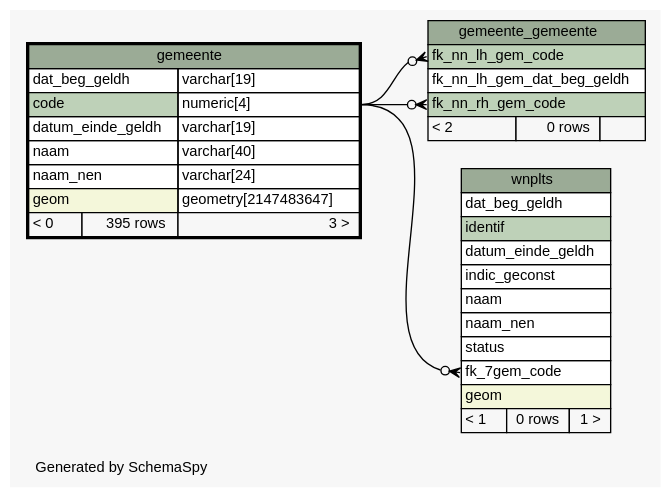
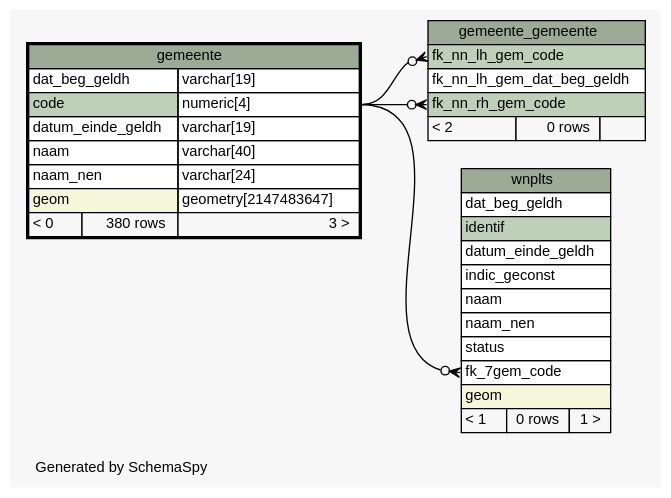
The diagram in datamodel/schemaspy/diagrams/gemeente.1degree.dot (B3Partners/brmo), drawn with Graphviz before and after one commit. The commit also changed 3409 other files, not shown here.

```diff
--- a/datamodel/schemaspy/diagrams/gemeente.1degree.dot
+++ b/datamodel/schemaspy/diagrams/gemeente.1degree.dot
@@ -1,70 +1,70 @@
 // dot 2.40.1 on Linux 4.15.0-36-generic
 // SchemaSpy rev Unknown
 digraph "oneDegreeRelationshipsDiagram" {
   graph [
     rankdir="RL"
     bgcolor="#f7f7f7"
     label="\nGenerated by SchemaSpy"
     labeljust="l"
     nodesep="0.18"
     ranksep="0.46"
     fontname="Helvetica"
     fontsize="11"
   ];
   node [
     fontname="Helvetica"
     fontsize="11"
     shape="plaintext"
   ];
   edge [
     arrowsize="0.8"
   ];
   "gemeente_gemeente":"fk_nn_lh_gem_code":w -> "gemeente":"code.type":e [arrowhead=none dir=back arrowtail=crowodot];
   "gemeente_gemeente":"fk_nn_rh_gem_code":w -> "gemeente":"code.type":e [arrowhead=none dir=back arrowtail=crowodot];
   "wnplts":"fk_7gem_code":w -> "gemeente":"code.type":e [arrowhead=none dir=back arrowtail=crowodot];
   "gemeente" [
     label=<
     <TABLE BORDER="2" CELLBORDER="1" CELLSPACING="0" BGCOLOR="#ffffff">
       <TR><TD COLSPAN="3" BGCOLOR="#9bab96" ALIGN="CENTER">gemeente</TD></TR>
       <TR><TD PORT="dat_beg_geldh" COLSPAN="2" ALIGN="LEFT">dat_beg_geldh</TD><TD PORT="dat_beg_geldh.type" ALIGN="LEFT">varchar[19]</TD></TR>
       <TR><TD PORT="code" COLSPAN="2" BGCOLOR="#bed1b8" ALIGN="LEFT">code</TD><TD PORT="code.type" ALIGN="LEFT">numeric[4]</TD></TR>
       <TR><TD PORT="datum_einde_geldh" COLSPAN="2" ALIGN="LEFT">datum_einde_geldh</TD><TD PORT="datum_einde_geldh.type" ALIGN="LEFT">varchar[19]</TD></TR>
       <TR><TD PORT="naam" COLSPAN="2" ALIGN="LEFT">naam</TD><TD PORT="naam.type" ALIGN="LEFT">varchar[40]</TD></TR>
       <TR><TD PORT="naam_nen" COLSPAN="2" ALIGN="LEFT">naam_nen</TD><TD PORT="naam_nen.type" ALIGN="LEFT">varchar[24]</TD></TR>
       <TR><TD PORT="geom" COLSPAN="2" BGCOLOR="#f4f7da" ALIGN="LEFT">geom</TD><TD PORT="geom.type" ALIGN="LEFT">geometry[2147483647]</TD></TR>
-      <TR><TD ALIGN="LEFT" BGCOLOR="#f7f7f7">&lt; 0</TD><TD ALIGN="RIGHT" BGCOLOR="#f7f7f7">395 rows</TD><TD ALIGN="RIGHT" BGCOLOR="#f7f7f7">3 &gt;</TD></TR>
+      <TR><TD ALIGN="LEFT" BGCOLOR="#f7f7f7">&lt; 0</TD><TD ALIGN="RIGHT" BGCOLOR="#f7f7f7">380 rows</TD><TD ALIGN="RIGHT" BGCOLOR="#f7f7f7">3 &gt;</TD></TR>
     </TABLE>>
     URL="gemeente.html"
     tooltip="gemeente"
   ];
   "gemeente_gemeente" [
     label=<
     <TABLE BORDER="0" CELLBORDER="1" CELLSPACING="0" BGCOLOR="#ffffff">
       <TR><TD COLSPAN="3" BGCOLOR="#9bab96" ALIGN="CENTER">gemeente_gemeente</TD></TR>
       <TR><TD PORT="fk_nn_lh_gem_code" COLSPAN="3" BGCOLOR="#bed1b8" ALIGN="LEFT">fk_nn_lh_gem_code</TD></TR>
       <TR><TD PORT="fk_nn_lh_gem_dat_beg_geldh" COLSPAN="3" ALIGN="LEFT">fk_nn_lh_gem_dat_beg_geldh</TD></TR>
       <TR><TD PORT="fk_nn_rh_gem_code" COLSPAN="3" BGCOLOR="#bed1b8" ALIGN="LEFT">fk_nn_rh_gem_code</TD></TR>
       <TR><TD ALIGN="LEFT" BGCOLOR="#f7f7f7">&lt; 2</TD><TD ALIGN="RIGHT" BGCOLOR="#f7f7f7">0 rows</TD><TD ALIGN="RIGHT" BGCOLOR="#f7f7f7">  </TD></TR>
     </TABLE>>
     URL="gemeente_gemeente.html"
     tooltip="gemeente_gemeente"
   ];
   "wnplts" [
     label=<
     <TABLE BORDER="0" CELLBORDER="1" CELLSPACING="0" BGCOLOR="#ffffff">
       <TR><TD COLSPAN="3" BGCOLOR="#9bab96" ALIGN="CENTER">wnplts</TD></TR>
       <TR><TD PORT="dat_beg_geldh" COLSPAN="3" ALIGN="LEFT">dat_beg_geldh</TD></TR>
       <TR><TD PORT="identif" COLSPAN="3" BGCOLOR="#bed1b8" ALIGN="LEFT">identif</TD></TR>
       <TR><TD PORT="datum_einde_geldh" COLSPAN="3" ALIGN="LEFT">datum_einde_geldh</TD></TR>
       <TR><TD PORT="indic_geconst" COLSPAN="3" ALIGN="LEFT">indic_geconst</TD></TR>
       <TR><TD PORT="naam" COLSPAN="3" ALIGN="LEFT">naam</TD></TR>
       <TR><TD PORT="naam_nen" COLSPAN="3" ALIGN="LEFT">naam_nen</TD></TR>
       <TR><TD PORT="status" COLSPAN="3" ALIGN="LEFT">status</TD></TR>
       <TR><TD PORT="fk_7gem_code" COLSPAN="3" ALIGN="LEFT">fk_7gem_code</TD></TR>
       <TR><TD PORT="geom" COLSPAN="3" BGCOLOR="#f4f7da" ALIGN="LEFT">geom</TD></TR>
       <TR><TD ALIGN="LEFT" BGCOLOR="#f7f7f7">&lt; 1</TD><TD ALIGN="RIGHT" BGCOLOR="#f7f7f7">0 rows</TD><TD ALIGN="RIGHT" BGCOLOR="#f7f7f7">1 &gt;</TD></TR>
     </TABLE>>
     URL="wnplts.html"
     tooltip="wnplts"
   ];
 }
```
